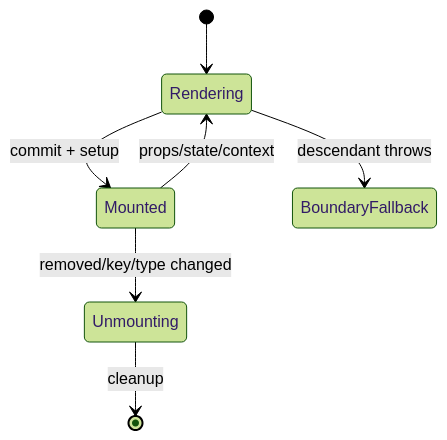
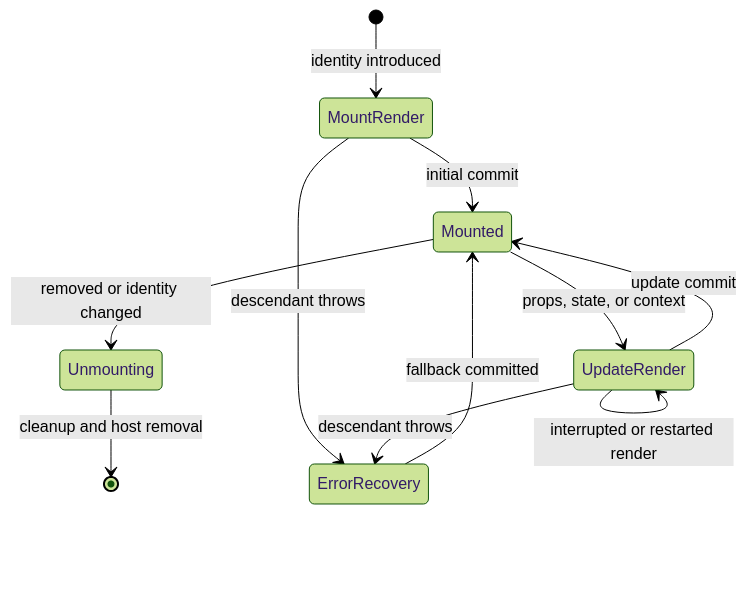
One commit to AbhishekDhone7/javascript-git-basics changed diagram 13 of 38 in frontend.md. Above: the diagram before and after it, drawn with Mermaid (forest theme). The commit also changed other lines of this file, not shown here.

````diff
--- a/frontend.md
+++ b/frontend.md
@@ -1193,9 +1204,13 @@
 ```mermaid
 stateDiagram-v2
- [*] --> Rendering
- Rendering --> Mounted: commit + setup
- Mounted --> Rendering: props/state/context
- Mounted --> Unmounting: removed/key/type changed
- Unmounting --> [*]: cleanup
- Rendering --> BoundaryFallback: descendant throws
+	[*] --> MountRender: identity introduced
+	MountRender --> Mounted: initial commit
+	Mounted --> UpdateRender: props, state, or context
+	UpdateRender --> Mounted: update commit
+	UpdateRender --> UpdateRender: interrupted or restarted render
+	Mounted --> Unmounting: removed or identity changed
+	Unmounting --> [*]: cleanup and host removal
+	MountRender --> ErrorRecovery: descendant throws
+	UpdateRender --> ErrorRecovery: descendant throws
+	ErrorRecovery --> Mounted: fallback committed
 ```
````
